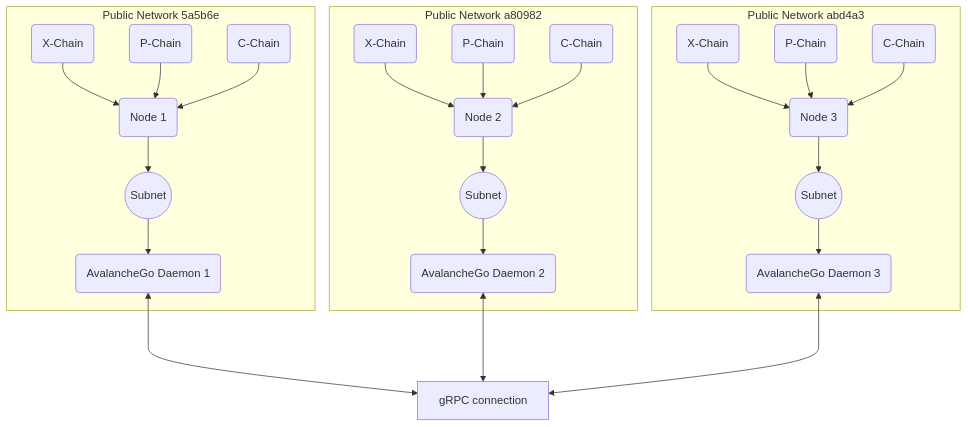
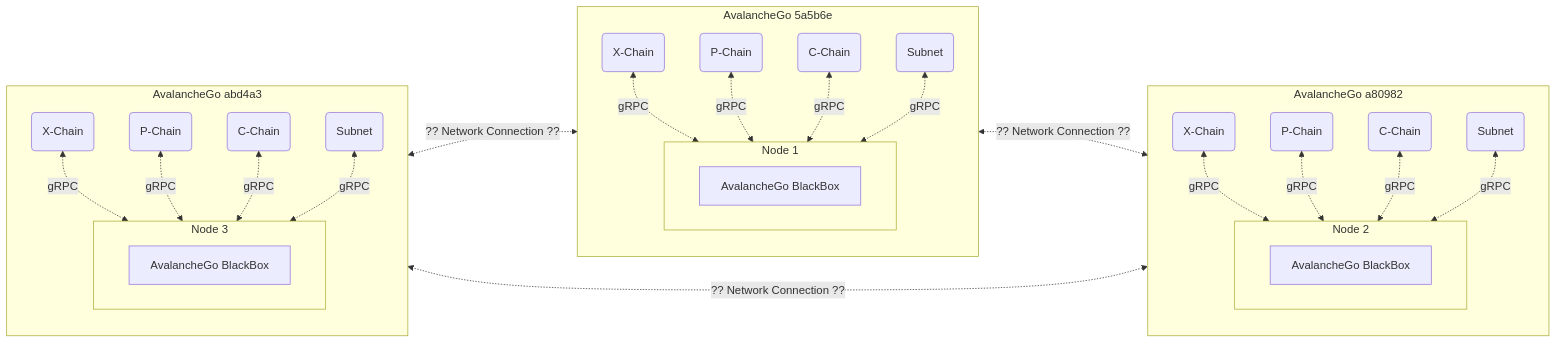
The diagram in core/subnet.md (SparqNet/sparq-docs), drawn with Mermaid before and after one commit. The commit also changed other lines of this file and 1 other file, not shown here.

Commit message:
Updated flowchart and more details in subnet.md

````diff
--- a/core/subnet.md
+++ b/core/subnet.md
@@ -14,55 +13,51 @@
 ```mermaid
-flowchart TB
-
-subgraph A[Public Network 5a5b6e]
-    s1_n("Node 1")
-    s1_nX("X-Chain")
-    s1_nP("P-Chain")
-    s1_nC("C-Chain")
-    s1((Subnet))
-    s1_ad("AvalancheGo Daemon 1")
-
-    s1_nX --> s1_n
-    s1_nP --> s1_n
-    s1_nC --> s1_n
-    s1_n --> s1
-    s1 --> s1_ad
+flowchart LR
+label1["AvalancheGo BlackBox"]
+label2["AvalancheGo BlackBox"]
+label3["AvalancheGo BlackBox"]
+subgraph A[AvalancheGo 5a5b6e]
+    aX("X-Chain")
+    aP("P-Chain")
+    aC("C-Chain")
+    as1(Subnet)
+    subgraph ad1["Node 1"]
+        label1
+    end
+    aX <-.gRPC.-> ad1
+    aP <-.gRPC.-> ad1
+    aC <-.gRPC.-> ad1
+    as1 <-.gRPC.-> ad1
 end
 
-subgraph B[Public Network a80982]
-    s2_n("Node 2")
-    s2_nX("X-Chain")
-    s2_nP("P-Chain")
-    s2_nC("C-Chain")
-    s2((Subnet))
-    s2_ad("AvalancheGo Daemon 2")
-  
-    s2_nX --> s2_n
-    s2_nP --> s2_n
-    s2_nC --> s2_n
-    s2_n --> s2
-    s2 --> s2_ad
+subgraph B[AvalancheGo a80982]
+    bX("X-Chain")
+    bP("P-Chain")
+    bC("C-Chain")
+    bs1(Subnet)
+    subgraph bd1["Node 2"]
+        label2
+    end
+    bX <-.gRPC.-> bd1
+    bP <-.gRPC.-> bd1
+    bC <-.gRPC.-> bd1
+    bs1 <-.gRPC.-> bd1
 end
 
-subgraph C[Public Network abd4a3]
-    s3_n("Node 3")
-    s3_nX("X-Chain")
-    s3_nP("P-Chain")
-    s3_nC("C-Chain")
-    s3((Subnet))
-    s3_ad("AvalancheGo Daemon 3")
-  
-    s3_nX --> s3_n
-    s3_nP --> s3_n
-    s3_nC --> s3_n
-    s3_n --> s3
-    s3 --> s3_ad
+subgraph C[AvalancheGo abd4a3]
+    cX("X-Chain")
+    cP("P-Chain")
+    cC("C-Chain")
+    cs1(Subnet)
+    subgraph cd1["Node 3"]
+        label3
+    end
+    cX <-.gRPC.-> cd1
+    cP <-.gRPC.-> cd1
+    cC <-.gRPC.-> cd1
+    cs1 <-.gRPC.-> cd1
 end
 
-
-grpc[gRPC connection]
-s1_ad <---> grpc
-s2_ad <---> grpc
-s3_ad <---> grpc
-
+A <-.?? Network Connection ??.-> B
+B <-.?? Network Connection ??.-> C
+C <-.?? Network Connection ??.-> A
 ```
````
